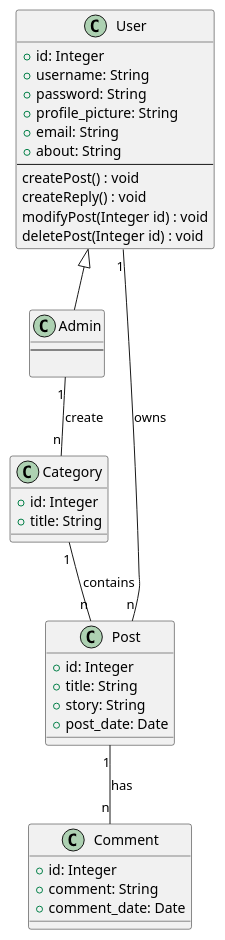
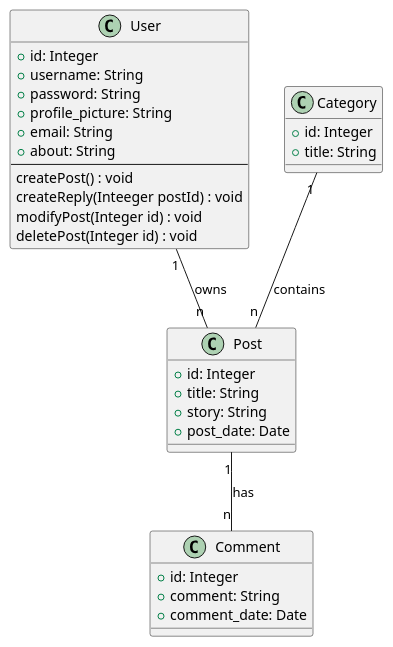
The diagram in graphs/class.plantuml (SikroxMemer/BloggerPy), drawn with PlantUML before and after one commit. The commit also changed 18 other files, not shown here.

```diff
--- a/graphs/class.plantuml
+++ b/graphs/class.plantuml
@@ -1,54 +1,44 @@
 @startuml CLASS
 ' left to right direction
 ' skinparam linetype ortho
 
 ' Define entities
-
-
-class Admin {
-    ---
-    
-}
 
 class User {
     + id: Integer
     + username: String
     + password: String
     + profile_picture: String
     + email: String
     + about: String
     ---
     createPost() : void
-    createReply() : void
+    createReply(Inteeger postId) : void
     modifyPost(Integer id) : void
     deletePost(Integer id) : void
 }
 
 class Category {
     + id: Integer
     + title: String
 }
 
 class Post {
     + id: Integer
     + title: String
     + story: String
     + post_date: Date
 }
 
 class Comment {
     + id: Integer
     + comment: String
     + comment_date: Date
 }
 
-User <|-- Admin
-
 ' Relationships
 User "1" -- "n" Post : owns
 Post "1" -- "n" Comment : has
 Category "1" -- "n" Post : contains
-Admin "1" -- "n" Category : create
-
 
 @enduml
```
